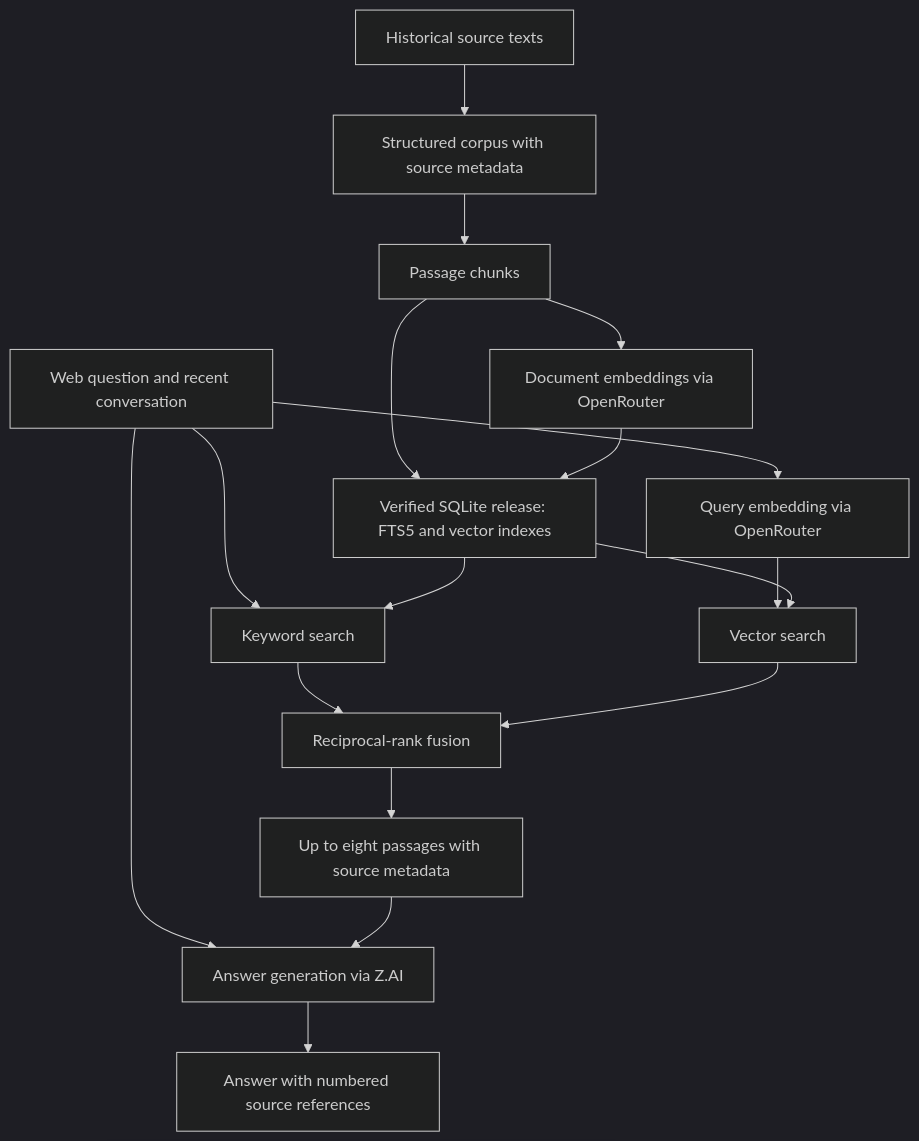
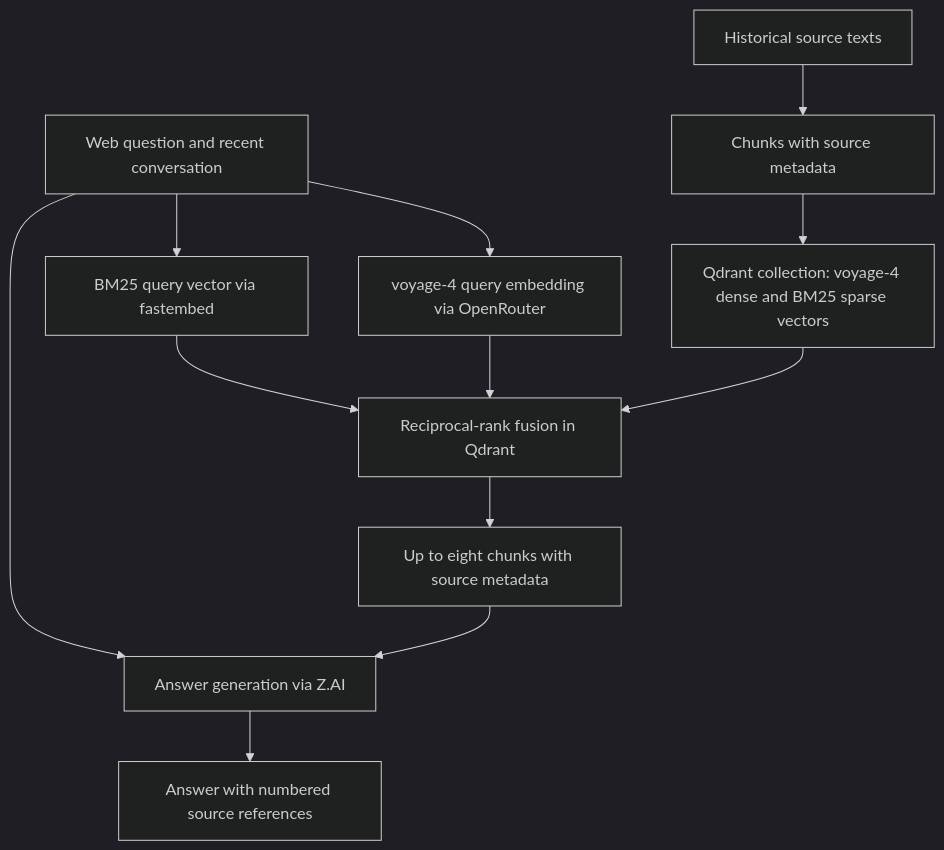
The diagram in README.md (rasagyavatsal/HomeoRemedica), drawn with Mermaid (dark theme) before and after one commit. The commit also changed other lines of this file and 10 other files, not shown here.

First line of the commit message:
feat!: search the Qdrant collection from the web app

````diff
--- a/README.md
+++ b/README.md
@@ -32,19 +32,14 @@
 ```mermaid
 flowchart TD
-    A[Historical source texts] --> B[Structured corpus with source metadata]
-    B --> C[Passage chunks]
-    C --> D[Document embeddings via OpenRouter]
-    C --> E[Verified SQLite release: FTS5 and vector indexes]
-    D --> E
-    Q[Web question and recent conversation] --> K[Keyword search]
-    Q --> V[Query embedding via OpenRouter]
-    V --> S[Vector search]
-    E --> K
-    E --> S
-    K --> R[Reciprocal-rank fusion]
-    S --> R
-    R --> P[Up to eight passages with source metadata]
+    A[Historical source texts] --> C[Chunks with source metadata]
+    C --> E[Qdrant collection: voyage-4 dense and BM25 sparse vectors]
+    Q[Web question and recent conversation] --> K[BM25 query vector via fastembed]
+    Q --> V[voyage-4 query embedding via OpenRouter]
+    K --> R[Reciprocal-rank fusion in Qdrant]
+    V --> R
+    E --> R
+    R --> P[Up to eight chunks with source metadata]
     Q --> G[Answer generation via Z.AI]
     P --> G
     G --> O[Answer with numbered source references]
 ```
````
